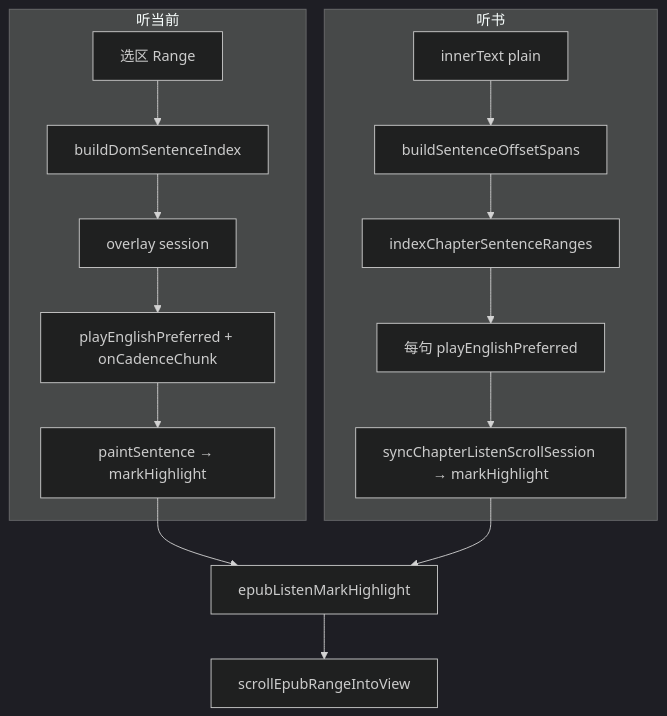
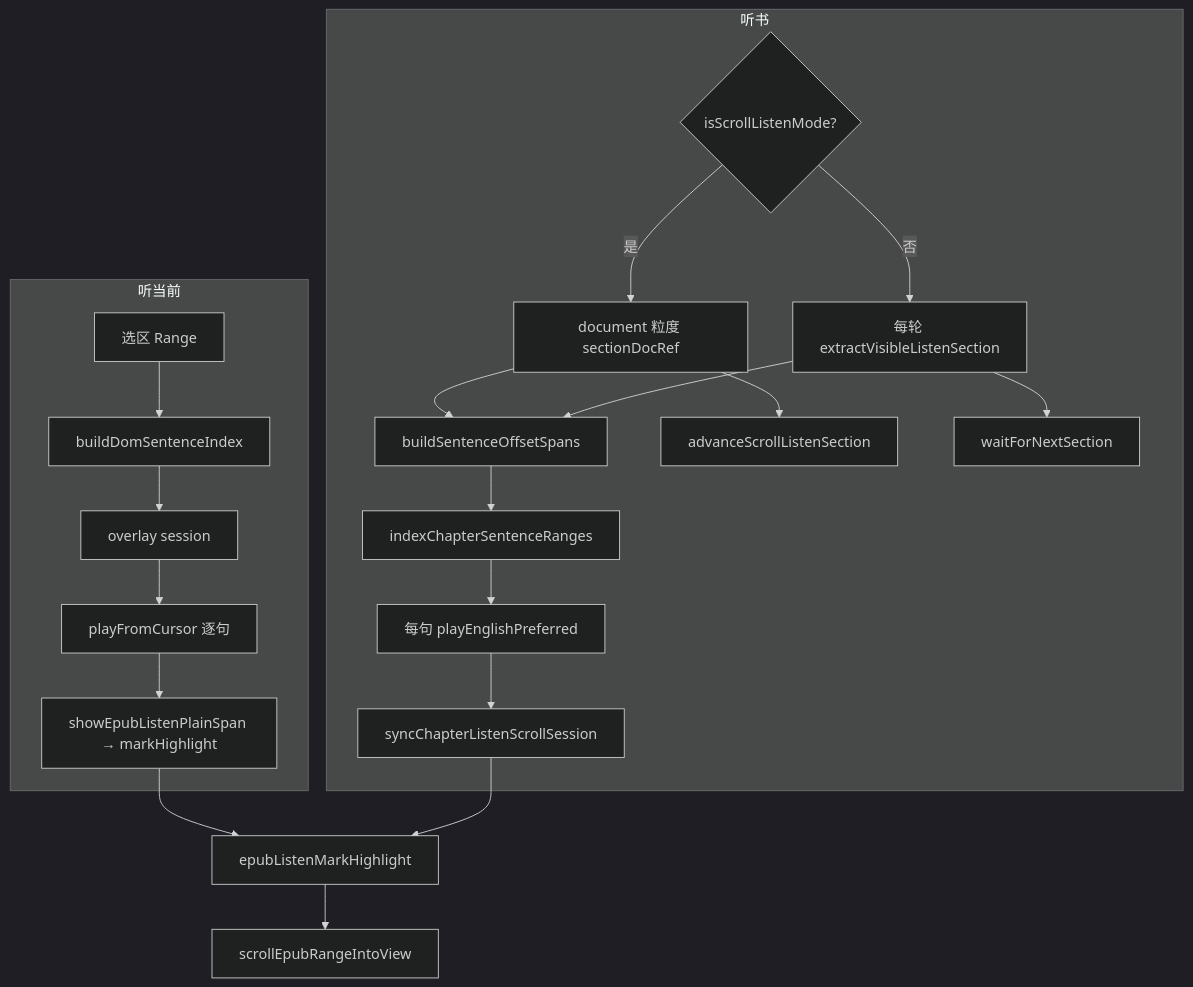
The diagram in docs/ebook/developer/epub-listen-dev.md (dnhyxc/dnhyxc-ai), drawn with Mermaid (dark theme) before and after one commit. The commit also changed other lines of this file and 24 other files, not shown here.

````diff
--- a/docs/ebook/developer/epub-listen-dev.md
+++ b/docs/ebook/developer/epub-listen-dev.md
@@ -234,20 +257,26 @@
 ```mermaid
 flowchart TB
   subgraph quote [听当前]
     Q1[选区 Range] --> Q2[buildDomSentenceIndex]
     Q2 --> Q3[overlay session]
-    Q3 --> Q4[playEnglishPreferred + onCadenceChunk]
-    Q4 --> Q5[paintSentence → markHighlight]
+    Q3 --> Q4[playFromCursor 逐句]
+    Q4 --> Q5[showEpubListenPlainSpan → markHighlight]
   end
 
   subgraph chapter [听书]
-    C1[innerText plain] --> C2[buildSentenceOffsetSpans]
+    C0{isScrollListenMode?}
+    C0 -->|是| C1[document 粒度 sectionDocRef]
+    C0 -->|否| C1b[每轮 extractVisibleListenSection]
+    C1 --> C2[buildSentenceOffsetSpans]
+    C1b --> C2
     C2 --> C3[indexChapterSentenceRanges]
     C3 --> C4[每句 playEnglishPreferred]
-    C4 --> C5[syncChapterListenScrollSession → markHighlight]
+    C4 --> C5[syncChapterListenScrollSession]
+    C1 --> C6[advanceScrollListenSection]
+    C1b --> C7[waitForNextSection]
   end
 
   Q5 --> M[epubListenMarkHighlight]
   C5 --> M
   M --> S[scrollEpubRangeIntoView]
 ```
````
